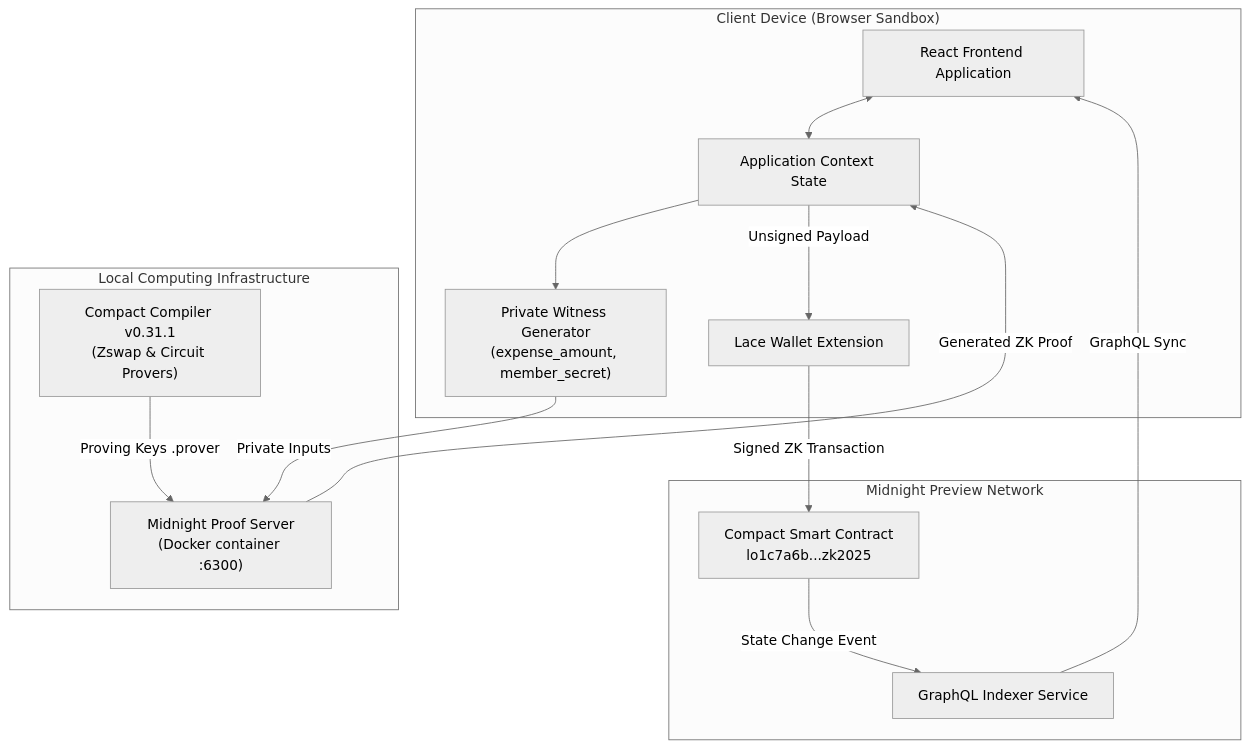
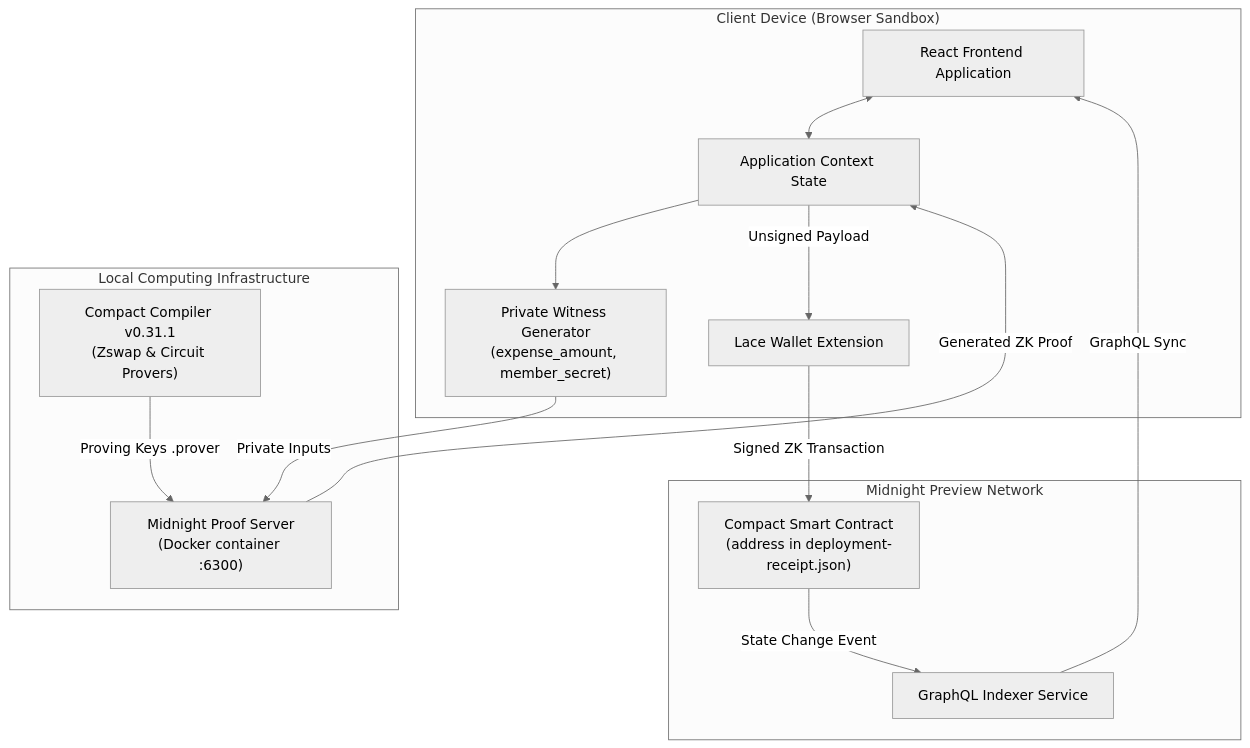
Before and after one commit to Gokul-social/Midnight_proj: the first of 2 diagrams in README.md, drawn with Mermaid (neutral theme). The commit also changed other lines of this file and 17 other files, not shown here.

````diff
--- a/README.md
+++ b/README.md
@@ -111,29 +179,29 @@
 ```mermaid
 flowchart TB
     subgraph Client ["Client Device (Browser Sandbox)"]
         UI["React Frontend Application"]
         Context["Application Context State"]
         Witness["Private Witness Generator\n(expense_amount, member_secret)"]
         Lace["Lace Wallet Extension"]
     end
 
     subgraph LocalInfra ["Local Computing Infrastructure"]
         ProofServer["Midnight Proof Server\n(Docker container :6300)"]
         Compiler["Compact Compiler v0.31.1\n(Zswap & Circuit Provers)"]
     end
 
     subgraph Network ["Midnight Preview Network"]
-        Contract["Compact Smart Contract\nlo1c7a6b...zk2025"]
+        Contract["Compact Smart Contract\n(address in deployment-receipt.json)"]
         Indexer["GraphQL Indexer Service"]
     end
 
     UI <--> Context
     Context --> Witness
     Witness -->|Private Inputs| ProofServer
     Compiler -->|Proving Keys .prover| ProofServer
     ProofServer -->|Generated ZK Proof| Context
     Context -->|Unsigned Payload| Lace
     Lace -->|Signed ZK Transaction| Contract
     Contract -->|State Change Event| Indexer
     Indexer -->|GraphQL Sync| UI
 ```
````
